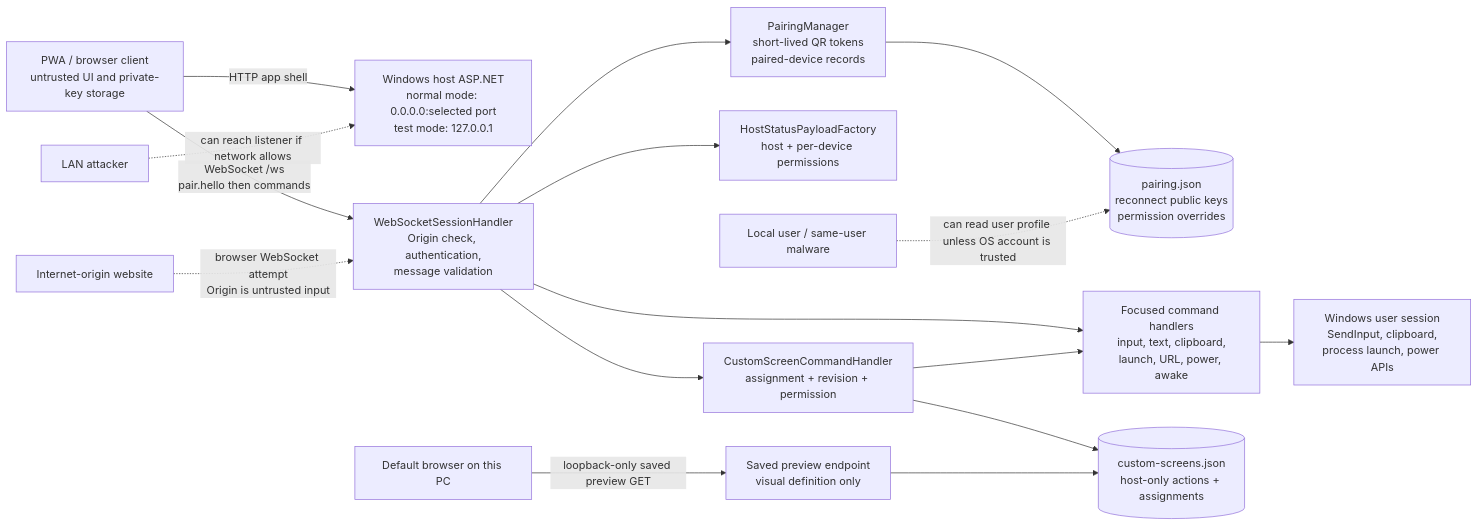
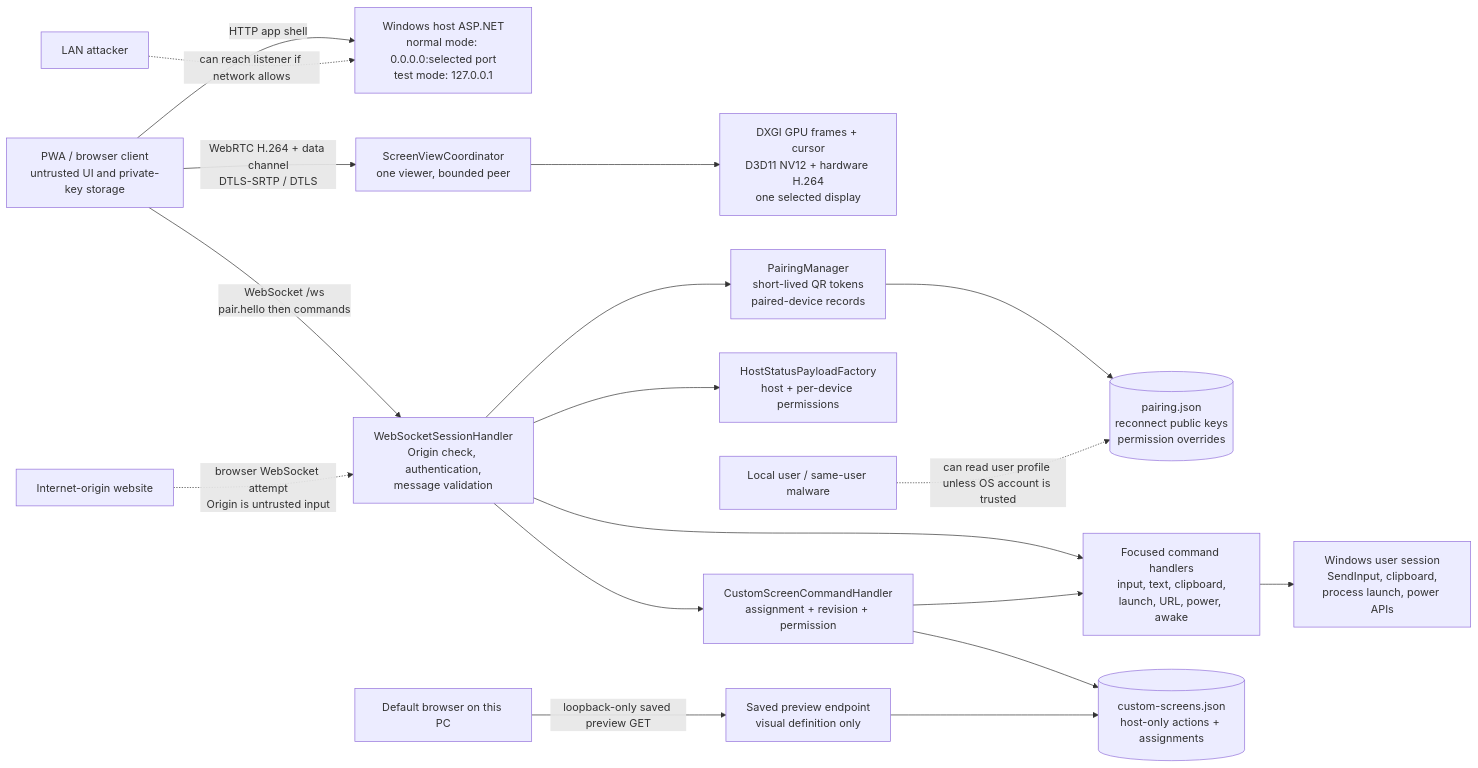
One commit to voltura/voltura-air changed the first of 5 diagrams in docs/security-architecture-diagrams.md. Above: the diagram before and after it, drawn with Mermaid. The commit also changed other lines of this file and 124 other files, not shown here.

Commit message:
Add encrypted WebRTC screen mirroring

````diff
--- a/docs/security-architecture-diagrams.md
+++ b/docs/security-architecture-diagrams.md
@@ -8,19 +8,21 @@
 ```mermaid
 flowchart LR
   Client["PWA / browser client\nuntrusted UI and private-key storage"] -->|"HTTP app shell"| HostWeb["Windows host ASP.NET\nnormal mode: 0.0.0.0:selected port\ntest mode: 127.0.0.1"]
   Client -->|"WebSocket /ws\npair.hello then commands"| Session["WebSocketSessionHandler\nOrigin check, authentication,\nmessage validation"]
+  Client -->|"WebRTC H.264 + data channel\nDTLS-SRTP / DTLS"| ScreenStream["ScreenViewCoordinator\none viewer, bounded peer"]
+  ScreenStream --> Capture["DXGI GPU frames + cursor\nD3D11 NV12 + hardware H.264\none selected display"]
   Session --> Pairing["PairingManager\nshort-lived QR tokens\npaired-device records"]
   Pairing --> Store[("pairing.json\nreconnect public keys\npermission overrides")]
   Session --> Policy["HostStatusPayloadFactory\nhost + per-device permissions"]
   Session --> Handlers["Focused command handlers\ninput, text, clipboard,\nlaunch, URL, power, awake"]
   Session --> CustomHandler["CustomScreenCommandHandler\nassignment + revision + permission"]
   CustomHandler --> CustomStore[("custom-screens.json\nhost-only actions + assignments")]
   CustomHandler --> Handlers
   LocalBrowser["Default browser on this PC"] -->|"loopback-only saved preview GET"| Preview["Saved preview endpoint\nvisual definition only"]
   Preview --> CustomStore
   Handlers --> Windows["Windows user session\nSendInput, clipboard,\nprocess launch, power APIs"]
 
   Internet["Internet-origin website"] -. "browser WebSocket attempt\nOrigin is untrusted input" .-> Session
   Lan["LAN attacker"] -. "can reach listener if network allows" .-> HostWeb
   Local["Local user / same-user malware"] -. "can read user profile unless OS account is trusted" .-> Store
 ```
````
